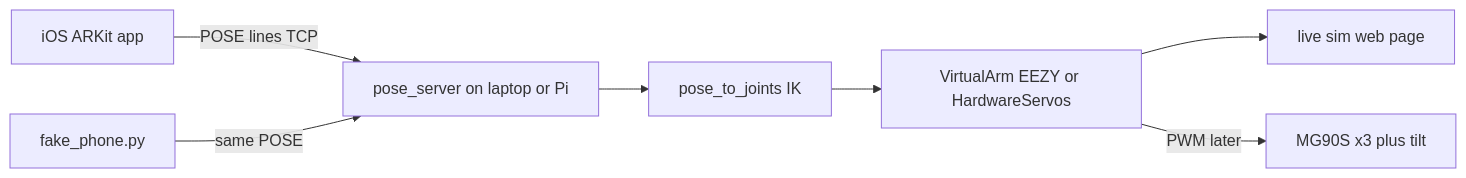
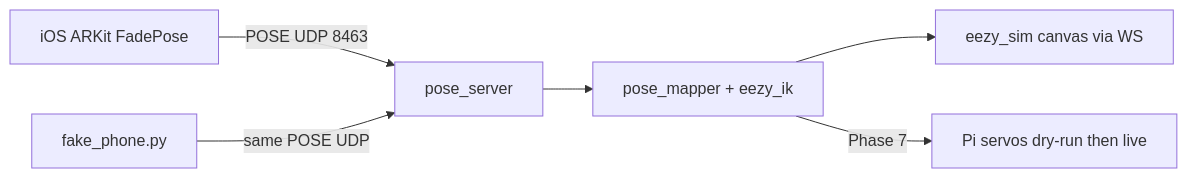
Before and after one commit to saswath-06/fade_ninja: the second of 2 diagrams in PHONE_POSE_TDD.md, drawn with Mermaid. The commit also changed other lines of this file and 2 other files, not shown here.

First line of the commit message:
Revise phone-pose TDD plan against the live pendant stack.

````diff
--- a/PHONE_POSE_TDD.md
+++ b/PHONE_POSE_TDD.md
@@ -44,9 +84,8 @@
 ```mermaid
 flowchart LR
-  iOS[iOS ARKit app] -->|POSE lines TCP| Bridge[pose_server on laptop or Pi]
-  Fake[fake_phone.py] -->|same POSE| Bridge
-  Bridge --> Mapper[pose_to_joints IK]
-  Mapper --> Arm[VirtualArm EEZY or HardwareServos]
-  Arm --> SimUI[live sim web page]
-  Arm -->|PWM later| Servos[MG90S x3 plus tilt]
+  iOS[iOS ARKit FadePose] -->|POSE UDP 8463| Bridge[pose_server]
+  Fake[fake_phone.py] -->|same POSE UDP| Bridge
+  Bridge --> Mapper[pose_mapper + eezy_ik]
+  Mapper --> Sim[eezy_sim canvas via WS]
+  Mapper -->|Phase 7| PiPWM[Pi servos dry-run then live]
 ```
````
